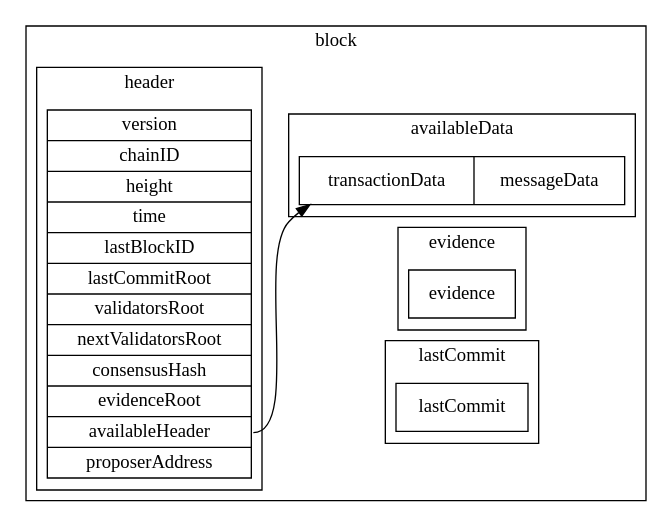
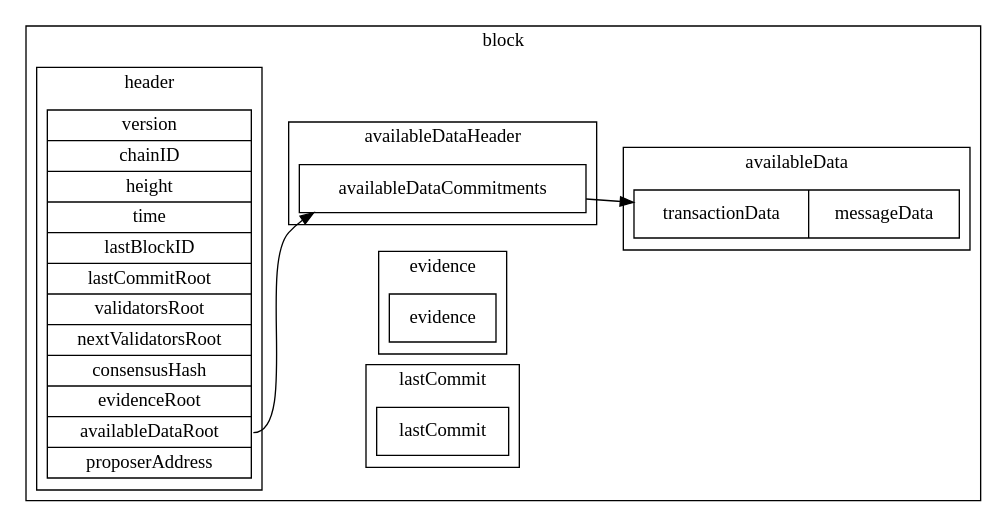
The diagram in specs/figures/block_data_structures.dot (celestiaorg/celestia-specs), drawn with Graphviz before and after one commit. The commit also changed 1 other file, not shown here.

Commit message:
Also refactor block data structures figure.

```diff
--- a/specs/figures/block_data_structures.dot
+++ b/specs/figures/block_data_structures.dot
@@ -1,34 +1,41 @@
 digraph G {
     rankdir = "LR";
     node [shape = record];
 
     subgraph cluster_block {
         label = "block";
 
         subgraph cluster_lastcommit {
             label = "lastCommit";
-            struct4 [label = "{lastCommit}"];
+            struct5 [label = "{lastCommit}"];
         }
 
         subgraph cluster_evidence {
             label = "evidence";
-            struct3 [label = "{evidence}"];
+            struct4 [label = "{evidence}"];
         }
 
         subgraph cluster_body {
             label = "availableData";
-            struct2 [label = "{transactionData | messageData}"];
+            struct3 [label = "{<f0> transactionData | <f1> messageData}"];
+        }
+
+        subgraph cluster_availableheader {
+            label = "availableDataHeader";
+            struct2 [label = "{<f0> availableDataCommitments}"];
         }
 
         subgraph cluster_header {
             label = "header";
-            struct1 [label = "version | chainID | height | time | lastBlockID | lastCommitRoot | validatorsRoot | nextValidatorsRoot | consensusHash | evidenceRoot | <f10> availableHeader | proposerAddress"];
+            struct1 [label = "version | chainID | height | time | lastBlockID | lastCommitRoot | validatorsRoot | nextValidatorsRoot | consensusHash | evidenceRoot | <f10> availableDataRoot | proposerAddress"];
         }
     }
 
     struct1:f10 -> struct2;
+    struct2:f0 -> struct3;
 
     edge [style = invis];
     struct1 -> struct3;
     struct1 -> struct4;
+    struct1 -> struct5;
 }
```
